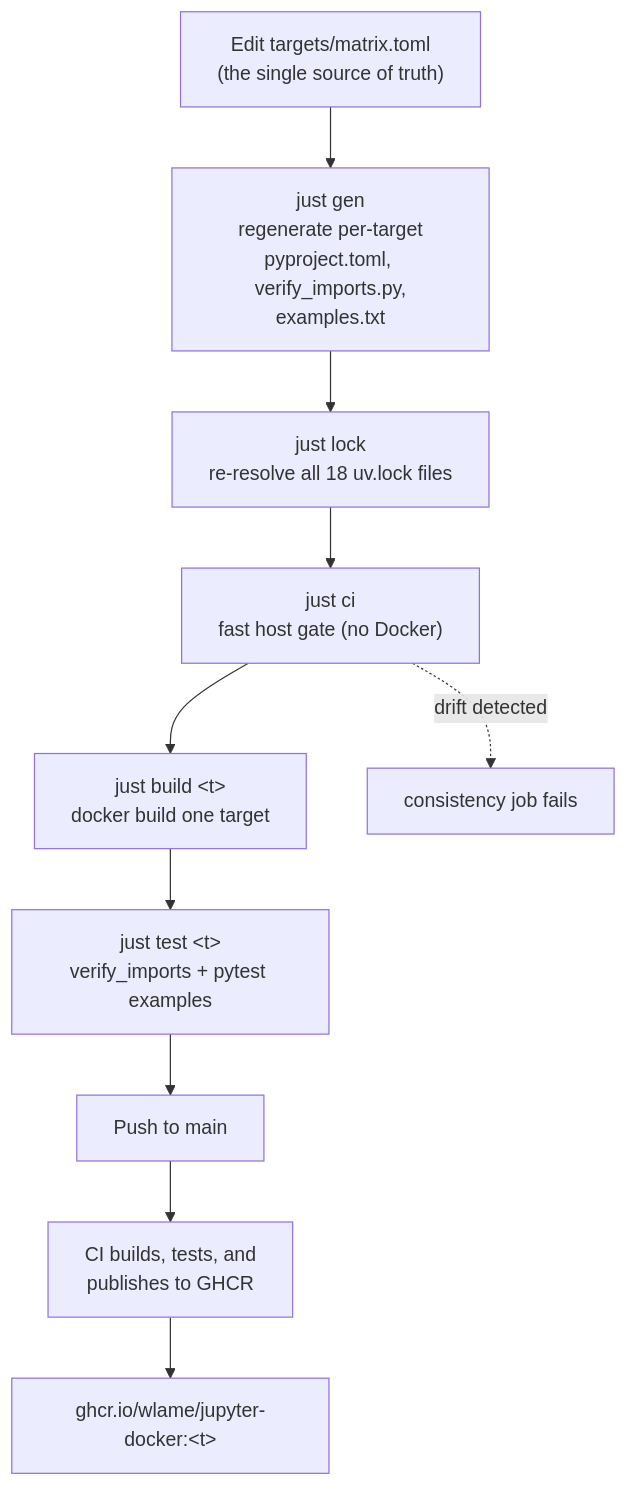
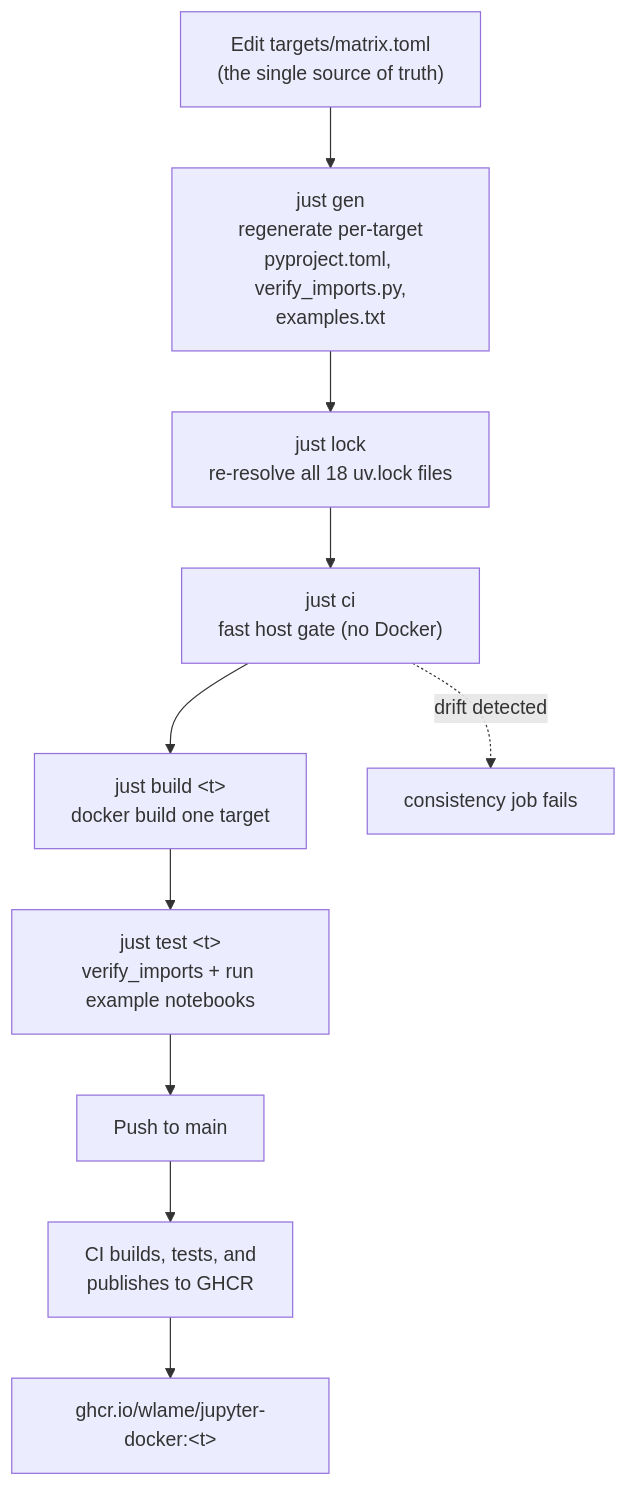
Before and after one commit to wlame/jupyter-docker: the diagram in docs/concepts/data-flow.md, drawn with Mermaid. The commit also changed other lines of this file and 77 other files, not shown here.

Commit message:
Make every example notebook run in JupyterLab and test the notebooks instead of the scripts.

````diff
--- a/docs/concepts/data-flow.md
+++ b/docs/concepts/data-flow.md
@@ -16,14 +16,14 @@
 ```mermaid
 flowchart TD
     edit["Edit targets/matrix.toml<br/>(the single source of truth)"]
     edit --> gen["just gen<br/>regenerate per-target<br/>pyproject.toml, verify_imports.py,<br/>examples.txt"]
     gen --> lock["just lock<br/>re-resolve all 18 uv.lock files"]
     lock --> ci["just ci<br/>fast host gate (no Docker)"]
     ci --> build["just build &lt;t&gt;<br/>docker build one target"]
-    build --> test["just test &lt;t&gt;<br/>verify_imports + pytest examples"]
+    build --> test["just test &lt;t&gt;<br/>verify_imports + run example notebooks"]
     test --> push["Push to main"]
     push --> cicd["CI builds, tests, and<br/>publishes to GHCR"]
     cicd --> ghcr["ghcr.io/wlame/jupyter-docker:&lt;t&gt;"]
 
     ci -.->|"drift detected"| fail["consistency job fails"]
 ```
````
